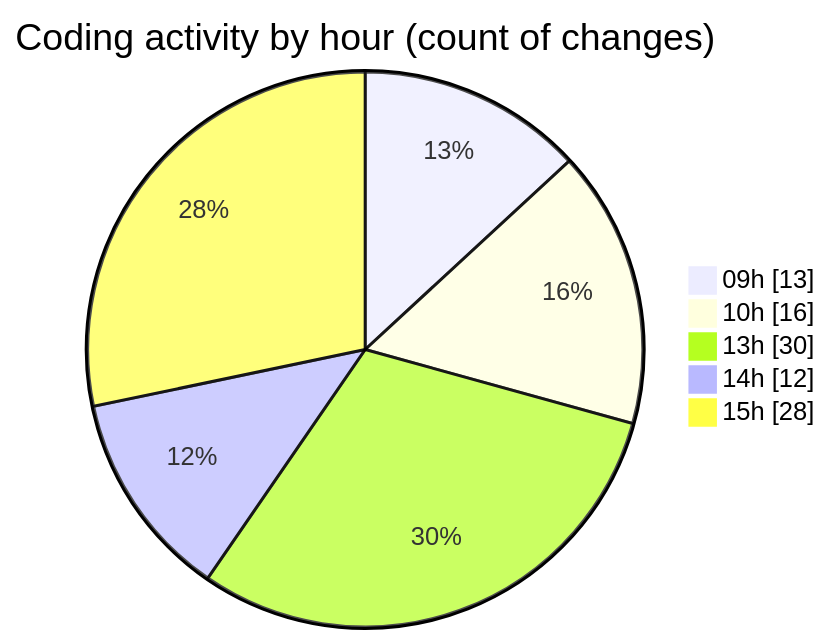
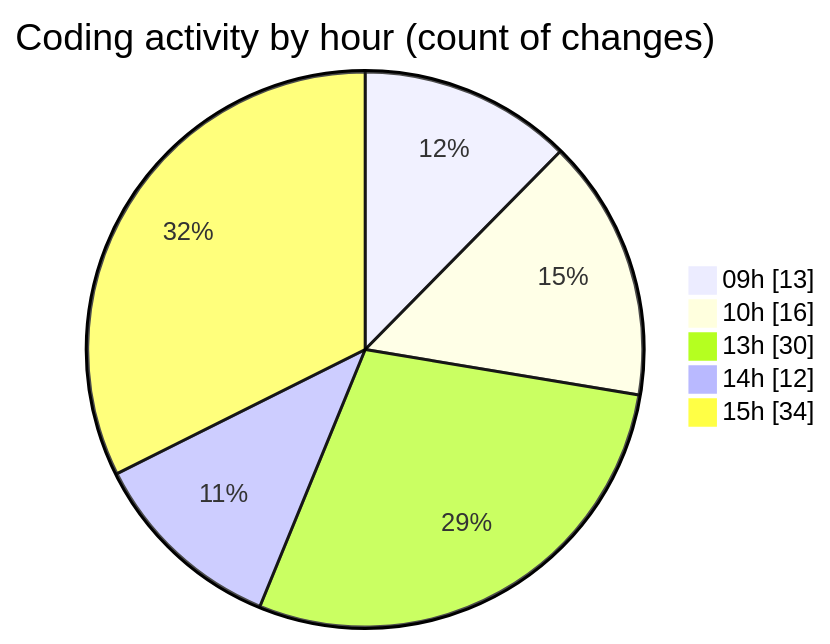
One commit to momahboobian/code-tracking changed the second of 2 diagrams in 2025-03-31/cda/README.md. Above: the diagram before and after it, drawn with Mermaid. The commit also changed other lines of this file and 1 other file, not shown here.

````diff
--- a/2025-03-31/cda/README.md
+++ b/2025-03-31/cda/README.md
@@ -38,9 +38,9 @@
 ```mermaid
 pie showData
 title Coding activity by hour (count of changes)
 "09h" : 13
 "10h" : 16
 "13h" : 30
 "14h" : 12
-"15h" : 28
+"15h" : 34
 ```
````
